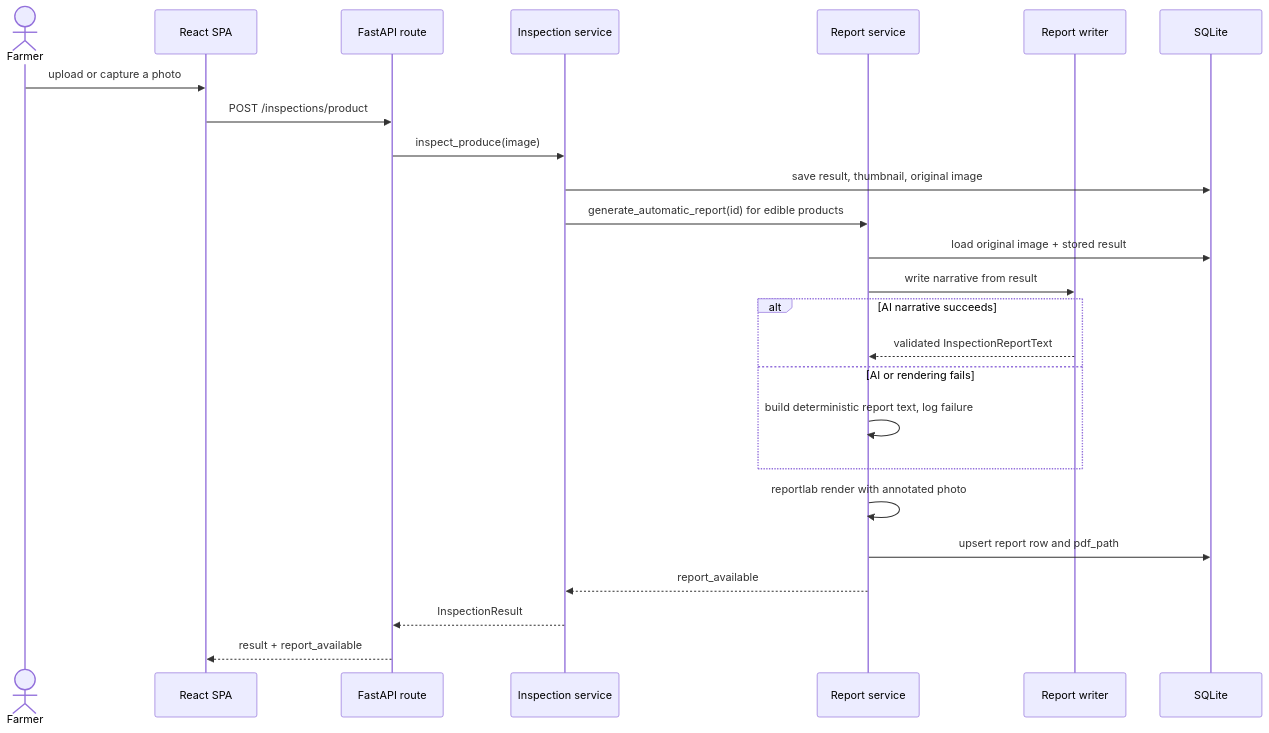
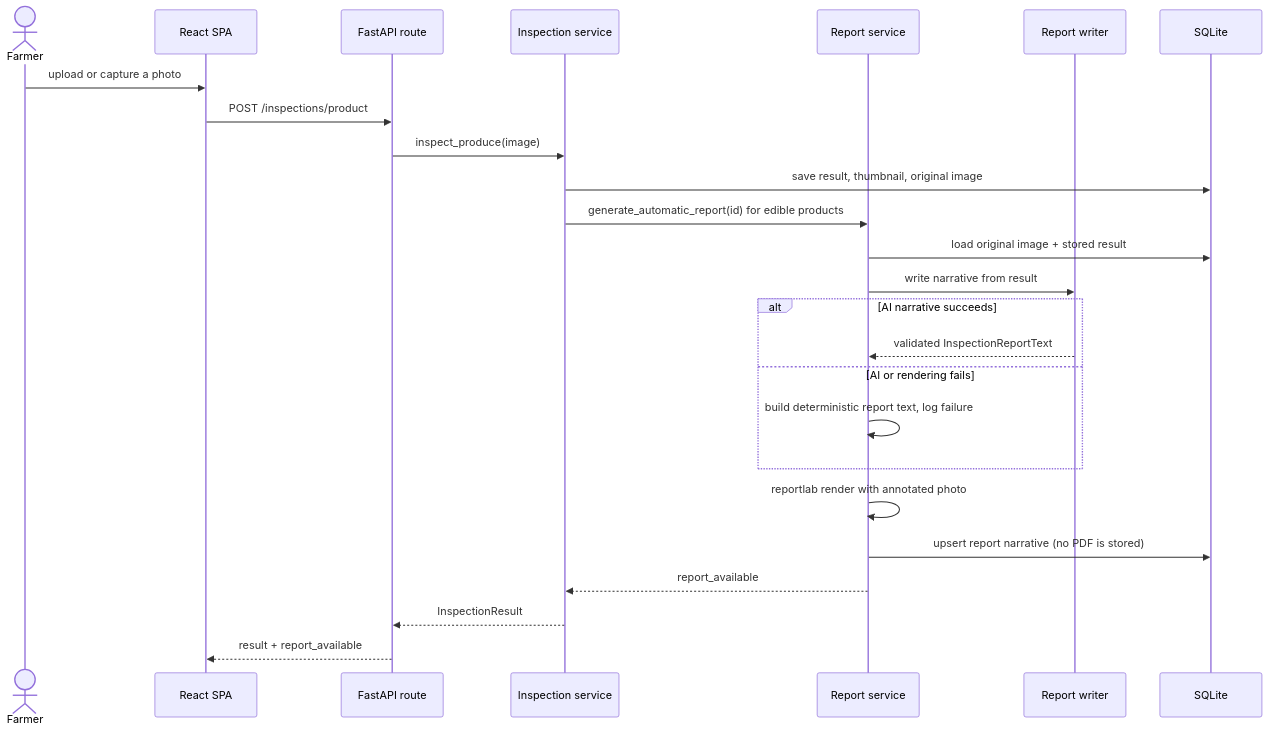
Before and after one commit to HamzaShafiq44/FieldMark: the third of 4 diagrams in ARCHITECTURE.md, drawn with Mermaid. The commit also changed other lines of this file and 30 other files, not shown here.

````diff
--- a/ARCHITECTURE.md
+++ b/ARCHITECTURE.md
@@ -100,27 +102,27 @@
 ```mermaid
 sequenceDiagram
     actor F as Farmer
     participant UI as React SPA
     participant API as FastAPI route
     participant S as Inspection service
     participant R as Report service
     participant W as Report writer
     participant DB as SQLite
     F->>UI: upload or capture a photo
     UI->>API: POST /inspections/product
     API->>S: inspect_produce(image)
     S->>DB: save result, thumbnail, original image
     S->>R: generate_automatic_report(id) for edible products
     R->>DB: load original image + stored result
     R->>W: write narrative from result
     alt AI narrative succeeds
         W-->>R: validated InspectionReportText
     else AI or rendering fails
         R->>R: build deterministic report text, log failure
     end
     R->>R: reportlab render with annotated photo
-    R->>DB: upsert report row and pdf_path
+    R->>DB: upsert report narrative (no PDF is stored)
     R-->>S: report_available
     S-->>API: InspectionResult
     API-->>UI: result + report_available
 ```
````
